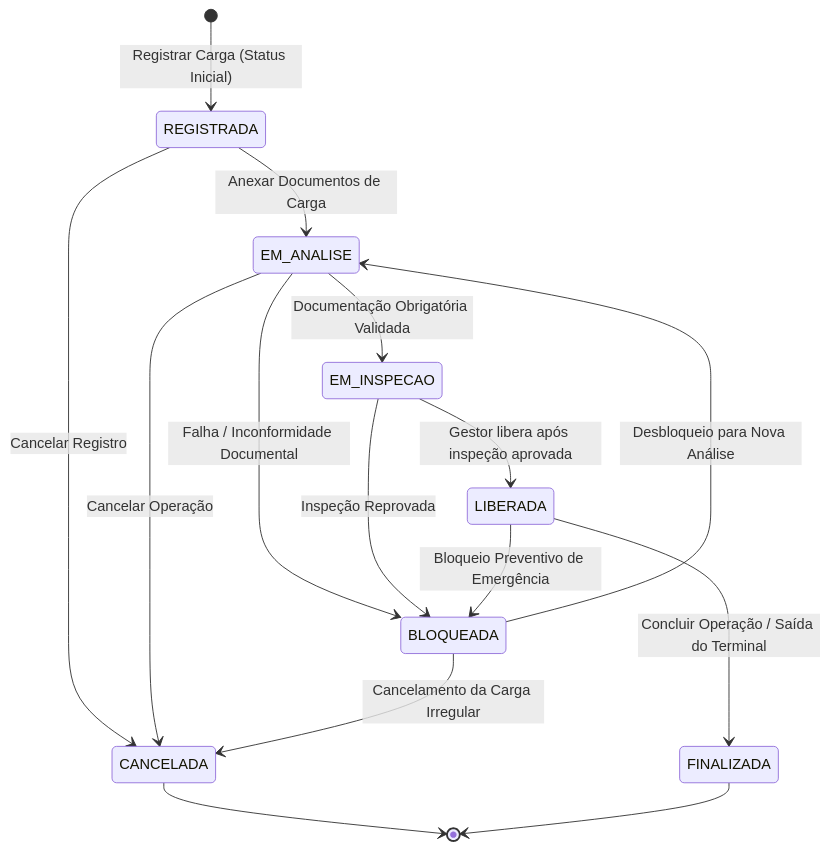
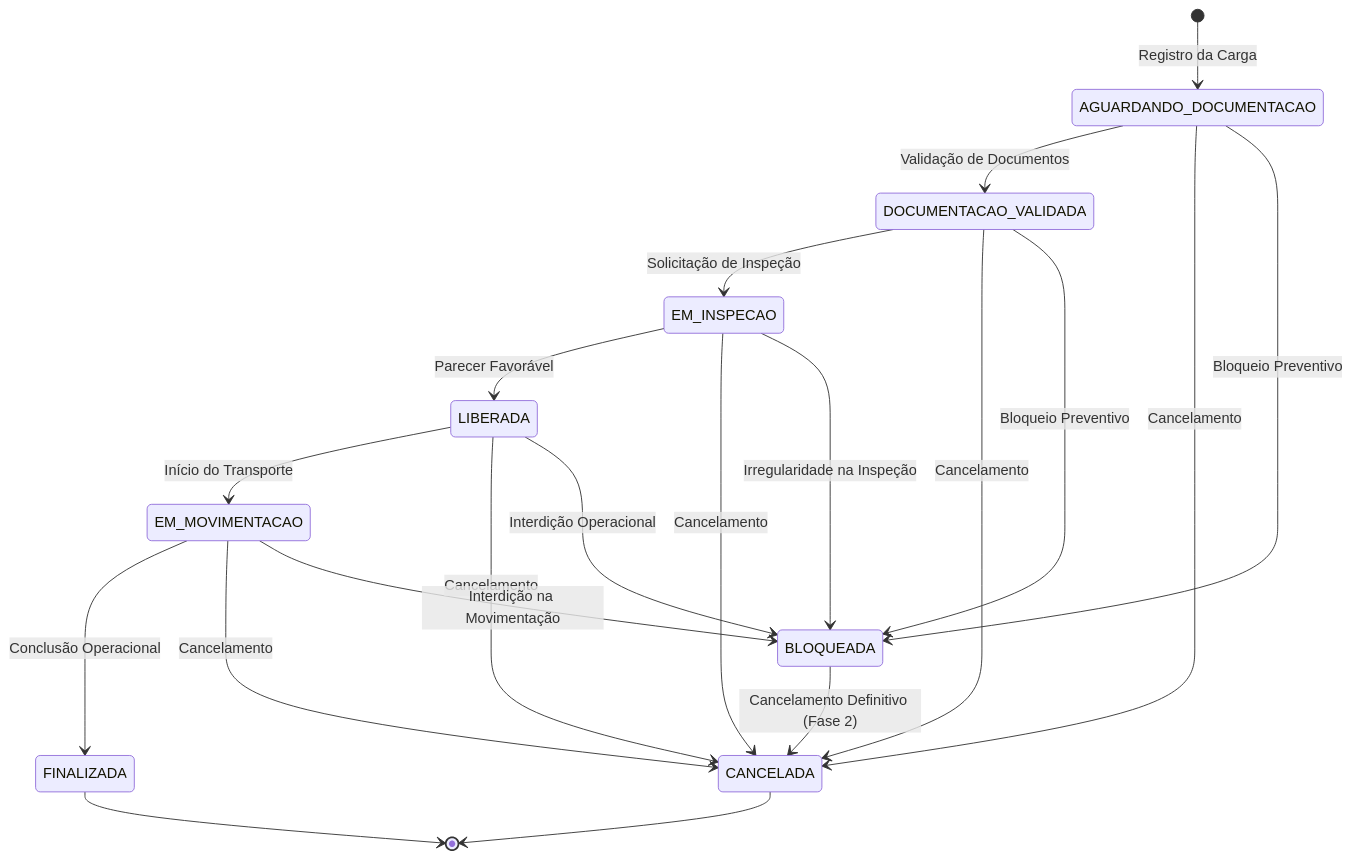
One commit to gabrixlzdev/QuimiPort changed the second of 2 diagrams in docs/3_casos_de_uso.md. Above: the diagram before and after it, drawn with Mermaid. The commit also changed other lines of this file and 2 other files, not shown here.

Commit message:
Atualiza fluxo de status da carga química e regras de transição no domínio

````diff
--- a/docs/3_casos_de_uso.md
+++ b/docs/3_casos_de_uso.md
@@ -192,23 +192,29 @@
 ```mermaid
 stateDiagram-v2
-    [*] --> REGISTRADA: Registrar Carga (Status Inicial)
+    [*] --> AGUARDANDO_DOCUMENTACAO: Registro da Carga
 
-    REGISTRADA --> EM_ANALISE: Anexar Documentos de Carga
-    REGISTRADA --> CANCELADA: Cancelar Registro
+    AGUARDANDO_DOCUMENTACAO --> DOCUMENTACAO_VALIDADA: Validação de Documentos
+    AGUARDANDO_DOCUMENTACAO --> CANCELADA: Cancelamento
+    AGUARDANDO_DOCUMENTACAO --> BLOQUEADA: Bloqueio Preventivo
 
-    EM_ANALISE --> EM_INSPECAO: Documentação Obrigatória Validada
-    EM_ANALISE --> BLOQUEADA: Falha / Inconformidade Documental
-    EM_ANALISE --> CANCELADA: Cancelar Operação
+    DOCUMENTACAO_VALIDADA --> EM_INSPECAO: Solicitação de Inspeção
+    DOCUMENTACAO_VALIDADA --> CANCELADA: Cancelamento
+    DOCUMENTACAO_VALIDADA --> BLOQUEADA: Bloqueio Preventivo
 
-    EM_INSPECAO --> LIBERADA: Gestor libera após inspeção aprovada
-    EM_INSPECAO --> BLOQUEADA: Inspeção Reprovada
+    EM_INSPECAO --> LIBERADA: Parecer Favorável
+    EM_INSPECAO --> CANCELADA: Cancelamento
+    EM_INSPECAO --> BLOQUEADA: Irregularidade na Inspeção
 
-    BLOQUEADA --> EM_ANALISE: Desbloqueio para Nova Análise
-    BLOQUEADA --> CANCELADA: Cancelamento da Carga Irregular
+    LIBERADA --> EM_MOVIMENTACAO: Início do Transporte
+    LIBERADA --> CANCELADA: Cancelamento
+    LIBERADA --> BLOQUEADA: Interdição Operacional
 
-    LIBERADA --> FINALIZADA: Concluir Operação / Saída do Terminal
-    LIBERADA --> BLOQUEADA: Bloqueio Preventivo de Emergência
+    EM_MOVIMENTACAO --> FINALIZADA: Conclusão Operacional
+    EM_MOVIMENTACAO --> CANCELADA: Cancelamento
+    EM_MOVIMENTACAO --> BLOQUEADA: Interdição na Movimentação
 
+    BLOQUEADA --> CANCELADA: Cancelamento Definitivo (Fase 2)
+
+    FINALIZADA --> [*]
     CANCELADA --> [*]
-    FINALIZADA --> [*]
 ```
````
